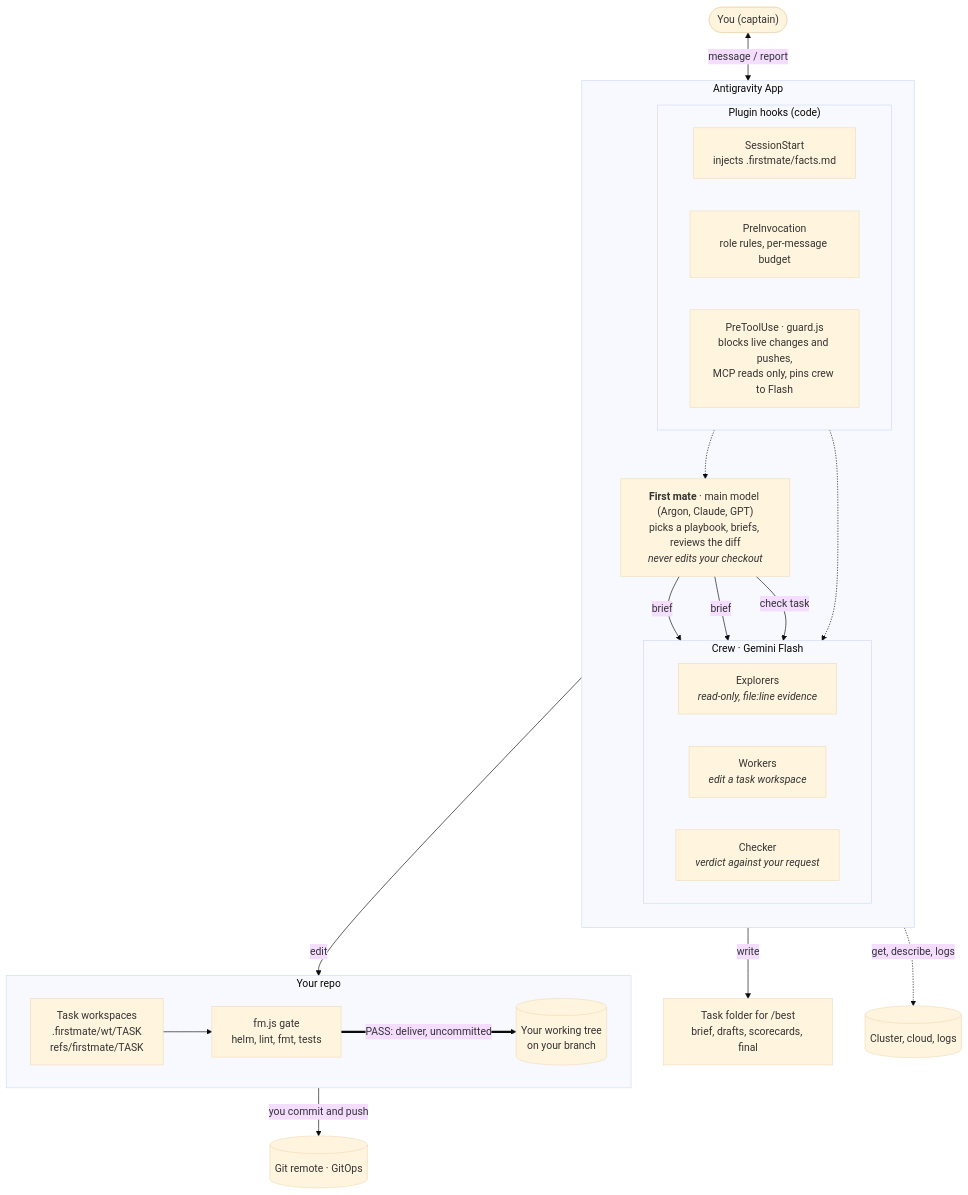
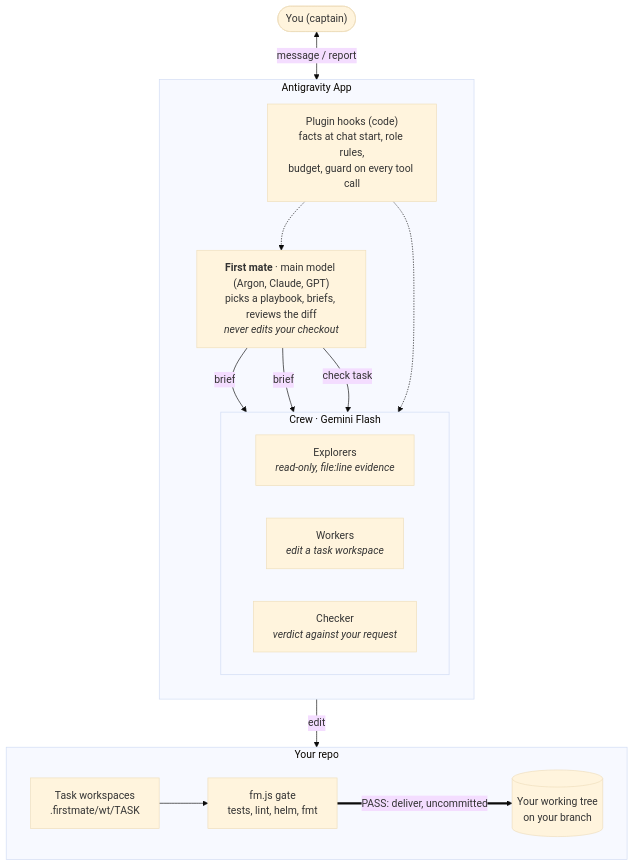
The diagram in README.md (cuongtt0201/antigravity-firstmate), drawn with Mermaid (base theme) before and after one commit. The commit also changed other lines of this file, not shown here.

````diff
--- a/README.md
+++ b/README.md
@@ -18,45 +60,33 @@
 ```mermaid
 flowchart TB
   you(["You (captain)"])
 
   subgraph app["Antigravity App"]
     direction TB
-    subgraph hooks["Plugin hooks (code)"]
-      direction LR
-      ss["SessionStart<br/>injects .firstmate/facts.md"]
-      pi["PreInvocation<br/>role rules, per-message budget"]
-      guard["PreToolUse · guard.js<br/>blocks live changes and pushes,<br/>MCP reads only, pins crew to Flash"]
-    end
+    hooks["Plugin hooks (code)<br/>facts at chat start, role rules,<br/>budget, guard on every tool call"]
     fm["<b>First mate</b> · main model (Argon, Claude, GPT)<br/>picks a playbook, briefs, reviews the diff<br/><i>never edits your checkout</i>"]
     subgraph crew["Crew · Gemini Flash"]
       direction LR
       ex["Explorers<br/><i>read-only, file:line evidence</i>"]
       wk["Workers<br/><i>edit a task workspace</i>"]
       ck["Checker<br/><i>verdict against your request</i>"]
     end
   end
 
   subgraph repo["Your repo"]
     direction LR
-    wt["Task workspaces<br/>.firstmate/wt/TASK<br/>refs/firstmate/TASK"]
-    gate["fm.js gate<br/>helm, lint, fmt, tests"]
+    wt["Task workspaces<br/>.firstmate/wt/TASK"]
+    gate["fm.js gate<br/>tests, lint, helm, fmt"]
     tree[("Your working tree<br/>on your branch")]
   end
-
-  docs["Task folder for /best<br/>brief, drafts, scorecards, final"]
-  live[("Cluster, cloud, logs")]
-  remote[("Git remote · GitOps")]
 
   you <-->|"message / report"| fm
   hooks -.-> fm
   hooks -.-> crew
   fm -->|"brief"| ex
   fm -->|"brief"| wk
   fm -->|"check task"| ck
-  ex -.->|"get, describe, logs"| live
   wk -->|"edit"| wt
-  wk -->|"write"| docs
   wt --> gate
   gate ==>|"PASS: deliver, uncommitted"| tree
-  tree -->|"you commit and push"| remote
 ```
````
